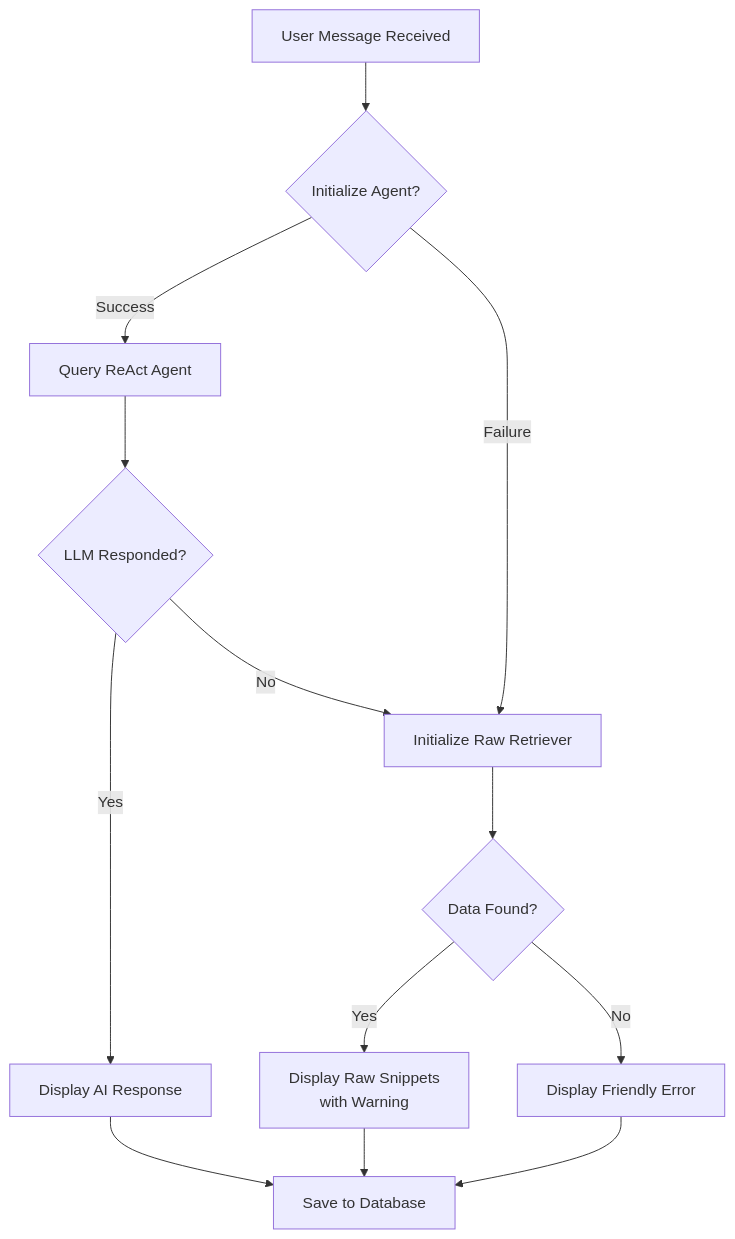
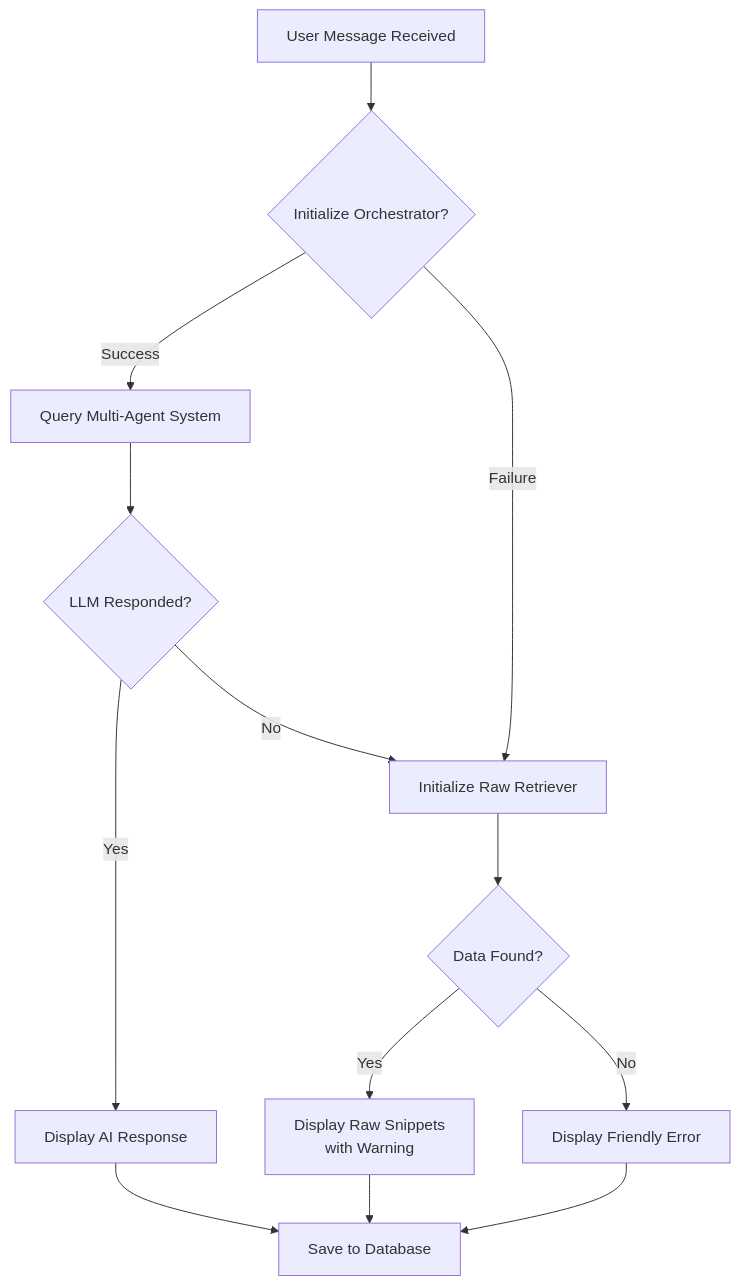
One commit to MAVIcVICKY/LPU_RAG changed the third of 4 diagrams in README.md. Above: the diagram before and after it, drawn with Mermaid. The commit also changed other lines of this file, not shown here.

Commit message:
Docs: Finalize README with production ECR deployment steps and multi-agent architecture details.

````diff
--- a/README.md
+++ b/README.md
@@ -76,18 +76,18 @@
 ```mermaid
 flowchart TD
-    A[User Message Received] --> B{Initialize Agent?}
-    B -- Success --> C[Query ReAct Agent]
+    A[User Message Received] --> B{Initialize Orchestrator?}
+    B -- Success --> C[Query Multi-Agent System]
     B -- Failure --> D[Initialize Raw Retriever]
     
     C --> E{LLM Responded?}
     E -- Yes --> F[Display AI Response]
     E -- No --> D
     
     D --> G{Data Found?}
     G -- Yes --> H[Display Raw Snippets <br/> with Warning]
     G -- No --> I[Display Friendly Error]
     
     F --> J[Save to Database]
     H --> J
     I --> J
 ```
````
